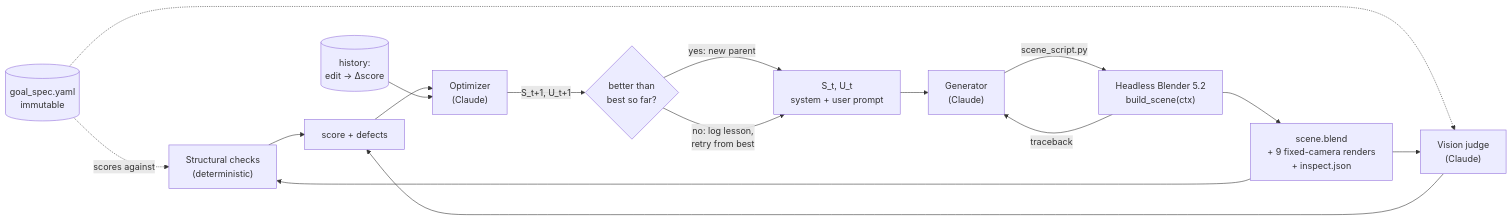
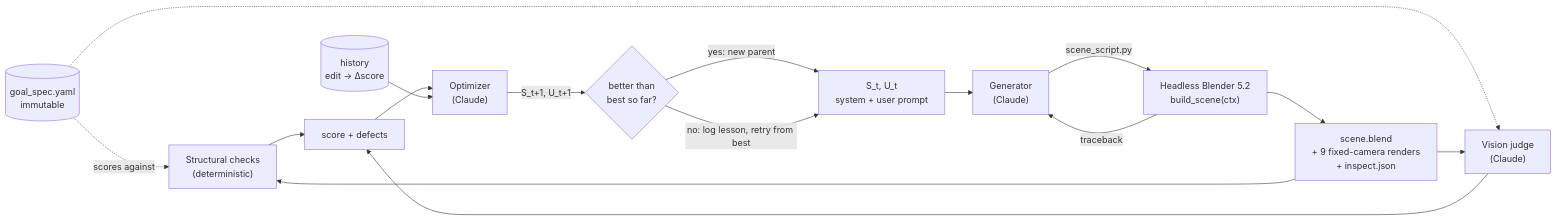
Before and after one commit to chengjianglong/3D-RSI-InContext: the diagram in README.md, drawn with Mermaid. The commit also changed other lines of this file and 3 other files, not shown here.

First line of the commit message:
README: render pipeline diagram as an image (Mermaid kept as collapsible source)

````diff
--- a/README.md
+++ b/README.md
@@ -25,18 +30,18 @@
 ```mermaid
 flowchart LR
-    G[(goal_spec.yaml<br/>immutable)] -.scores against.-> C
+    G[("goal_spec.yaml<br/>immutable")] -. "scores against" .-> C
     G -.-> J
     P["S_t, U_t<br/>system + user prompt"] --> GEN["Generator<br/>(Claude)"]
     GEN -->|scene_script.py| B["Headless Blender 5.2<br/>build_scene(ctx)"]
     B -->|traceback| GEN
     B --> O["scene.blend<br/>+ 9 fixed-camera renders<br/>+ inspect.json"]
     O --> C["Structural checks<br/>(deterministic)"]
     O --> J["Vision judge<br/>(Claude)"]
     C --> S["score + defects"]
     J --> S
     S --> OPT["Optimizer<br/>(Claude)"]
-    H[(history:<br/>edit → Δscore)] --> OPT
+    H[("history<br/>edit → Δscore")] --> OPT
     OPT -->|"S_t+1, U_t+1"| SEL{"better than<br/>best so far?"}
-    SEL -->|yes: new parent| P
-    SEL -->|no: log lesson,<br/>retry from best| P
+    SEL -->|"yes: new parent"| P
+    SEL -->|"no: log lesson, retry from best"| P
 ```
````
